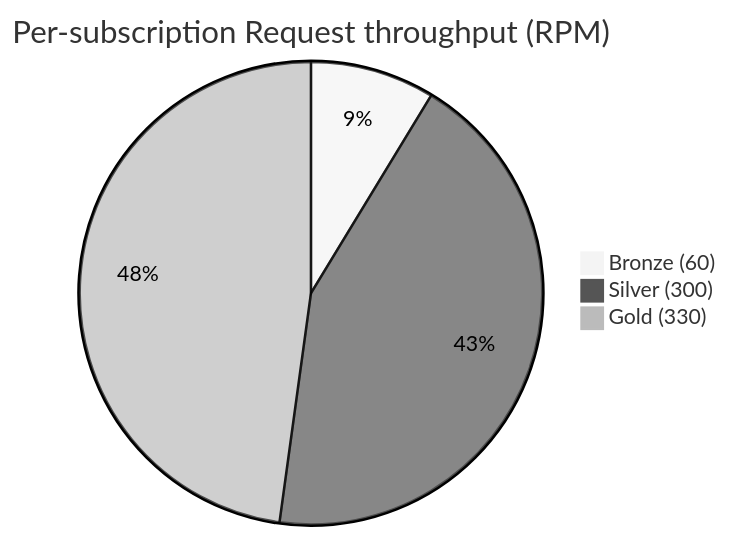
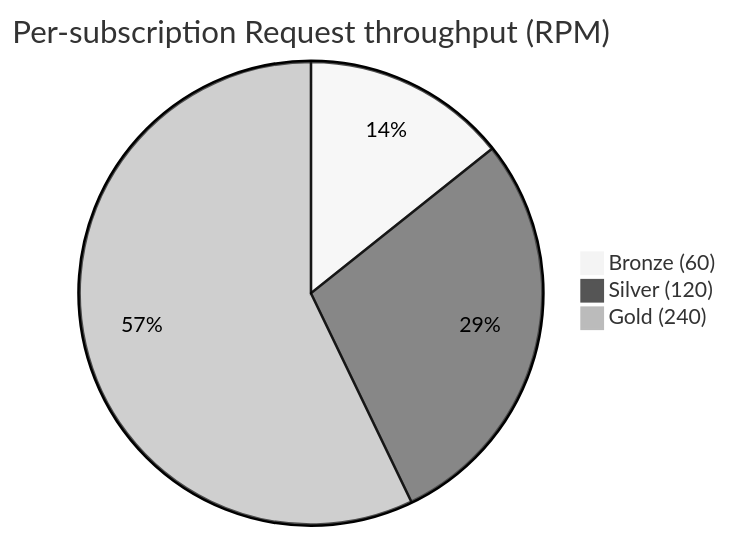
One commit to briandenicola/ai-azure-ai-as-a-service changed the third of 3 diagrams in README.md. Above: the diagram before and after it, drawn with Mermaid (neutral theme). The commit also changed other lines of this file and 11 other files, not shown here.

````diff
--- a/README.md
+++ b/README.md
@@ -291,6 +307,6 @@
 ```mermaid
 pie title Per-subscription Request throughput (RPM)
     "Bronze (60)" : 60
-    "Silver (300)" : 300
-    "Gold (330)" : 330
+    "Silver (120)" : 120
+    "Gold (240)" : 240
 ```
````
